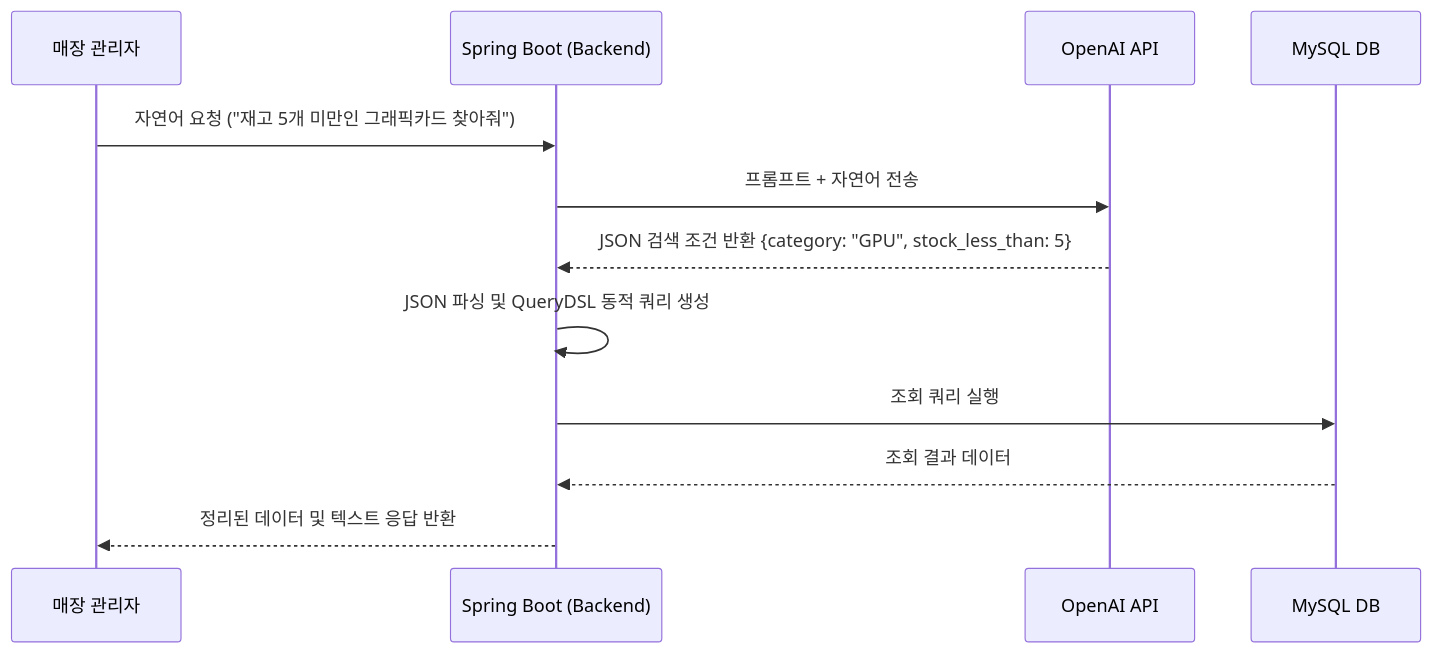
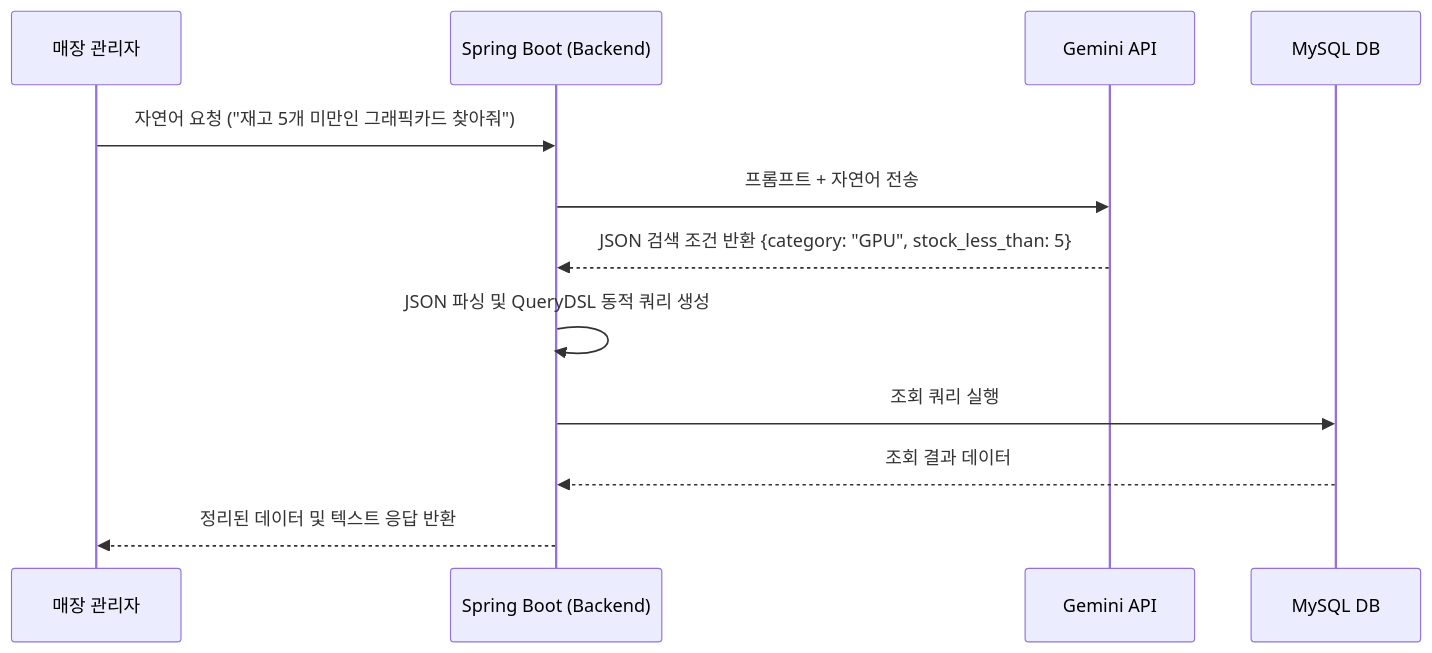
One commit to 0jin2931/AI-CRM-PIM- changed the first of 2 diagrams in README.md. Above: the diagram before and after it, drawn with Mermaid. The commit also changed other lines of this file and 24 other files, not shown here.

````diff
--- a/README.md
+++ b/README.md
@@ -25,15 +37,15 @@
 ```mermaid
 sequenceDiagram
 participant Admin as 매장 관리자
 participant Spring as Spring Boot (Backend)
-participant OpenAI as OpenAI API
+participant Gemini as Gemini API
 participant DB as MySQL DB
 
 Admin->>Spring: 자연어 요청 ("재고 5개 미만인 그래픽카드 찾아줘")
-Spring->>OpenAI: 프롬프트 + 자연어 전송
-OpenAI-->>Spring: JSON 검색 조건 반환 {category: "GPU", stock_less_than: 5}
+Spring->>Gemini: 프롬프트 + 자연어 전송
+Gemini-->>Spring: JSON 검색 조건 반환 {category: "GPU", stock_less_than: 5}
 Spring->>Spring: JSON 파싱 및 QueryDSL 동적 쿼리 생성
 Spring->>DB: 조회 쿼리 실행
 DB-->>Spring: 조회 결과 데이터
 Spring-->>Admin: 정리된 데이터 및 텍스트 응답 반환
 ```
````
